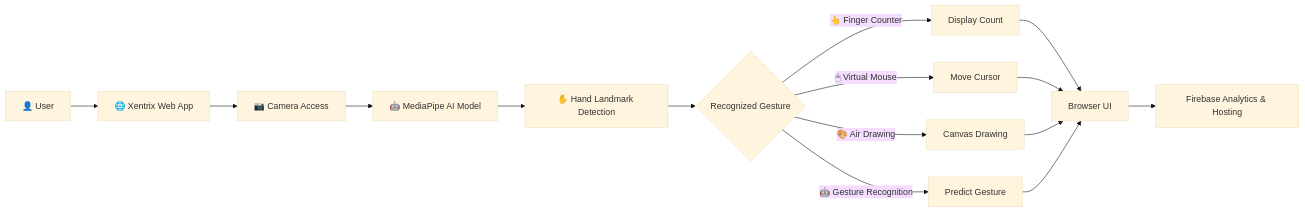
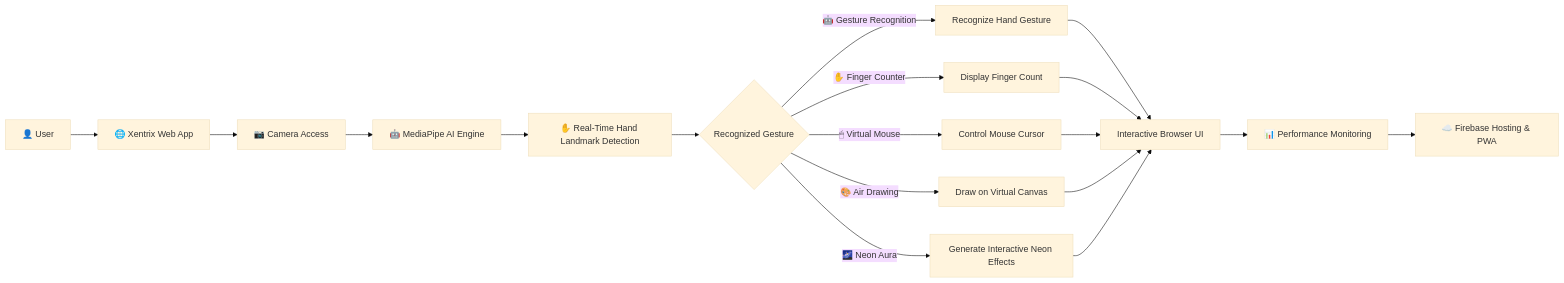
One commit to sovanshit/Xentrix changed the first of 2 diagrams in README.md. Above: the diagram before and after it, drawn with Mermaid (base theme). The commit also changed other lines of this file, not shown here.

````diff
--- a/README.md
+++ b/README.md
@@ -204,33 +207,35 @@
 ```mermaid
 flowchart LR
 
 A[👤 User]
 
 A --> B[🌐 Xentrix Web App]
 
 B --> C[📷 Camera Access]
 
-C --> D[🤖 MediaPipe AI Model]
+C --> D[🤖 MediaPipe AI Engine]
 
-D --> E[✋ Hand Landmark Detection]
+D --> E[✋ Real-Time Hand Landmark Detection]
 
 E --> F{Recognized Gesture}
 
-F -->|👆 Finger Counter| G1[Display Count]
+F -->|🤖 Gesture Recognition| G1[Recognize Hand Gesture]
 
-F -->|🖱 Virtual Mouse| G2[Move Cursor]
+F -->|✋ Finger Counter| G2[Display Finger Count]
 
-F -->|🎨 Air Drawing| G3[Canvas Drawing]
+F -->|🖱 Virtual Mouse| G3[Control Mouse Cursor]
 
-F -->|🤖 Gesture Recognition| G4[Predict Gesture]
+F -->|🎨 Air Drawing| G4[Draw on Virtual Canvas]
 
-G1 --> H[Browser UI]
+F -->|🌌 Neon Aura| G5[Generate Interactive Neon Effects]
 
+G1 --> H[Interactive Browser UI]
 G2 --> H
+G3 --> H
+G4 --> H
+G5 --> H
 
-G3 --> H
+H --> I[📊 Performance Monitoring]
 
-G4 --> H
-
-H --> I[Firebase Analytics & Hosting]
+I --> J[☁️ Firebase Hosting & PWA]
 ```
````
